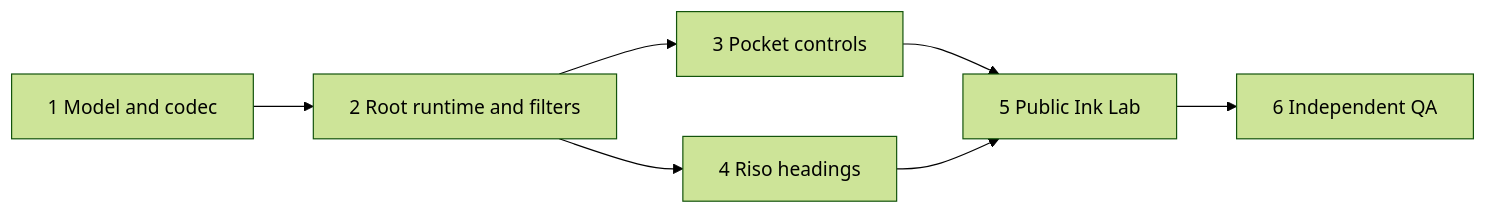
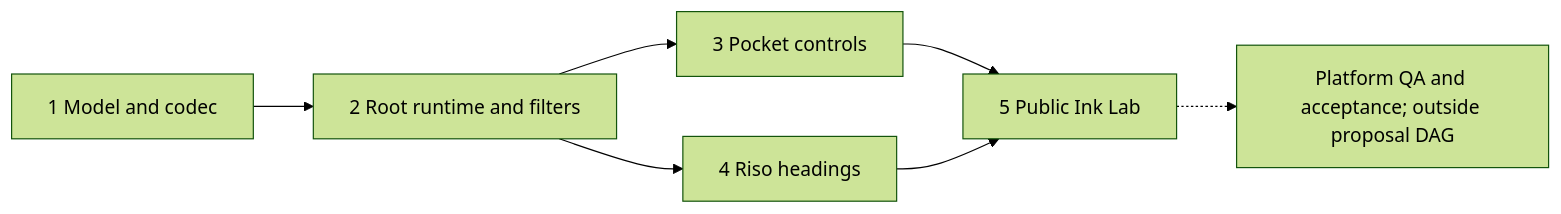
One commit to quiinthieu/otohime changed the fourth of 4 diagrams in projects/otohime-dev-riso-print-shop-ink-lab-1-riso-print-shop-headin/plan.md. Above: the diagram before and after it, drawn with Mermaid (forest theme). The commit also changed other lines of this file, not shown here.

Commit message:
pm-268/run-8861: Route independent QA through platform gates

````diff
--- a/projects/otohime-dev-riso-print-shop-ink-lab-1-riso-print-shop-headin/plan.md
+++ b/projects/otohime-dev-riso-print-shop-ink-lab-1-riso-print-shop-headin/plan.md
@@ -170,9 +170,9 @@
 ```mermaid
 flowchart LR
   A["1 Model and codec"] --> B["2 Root runtime and filters"]
   B --> C["3 Pocket controls"]
   B --> D["4 Riso headings"]
   C --> E["5 Public Ink Lab"]
   D --> E
-  E --> F["6 Independent QA"]
+  E -.-> F["Platform QA and acceptance; outside proposal DAG"]
 ```
````
